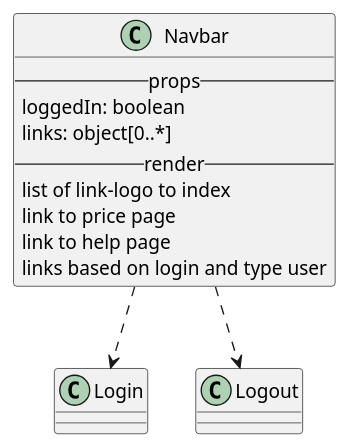
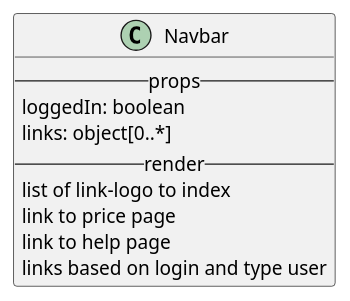
One commit to M9k/Marvin-Uml changed the diagram in react/custom/navbar.iuml. Above: the diagram before and after it, drawn with PlantUML. The commit also changed 5 other files, not shown here.

Commit message:
Modificato login/logout a pagina, non solo funzione

```diff
--- a/react/custom/navbar.iuml
+++ b/react/custom/navbar.iuml
@@ -1,13 +1,10 @@
 class Navbar{
   --props--
     loggedIn: boolean
     links: object[0..*]
   --render--
     list of link-logo to index
     link to price page
     link to help page
     links based on login and type user
 }
-
-Navbar ..> Login
-Navbar ..> Logout
```
